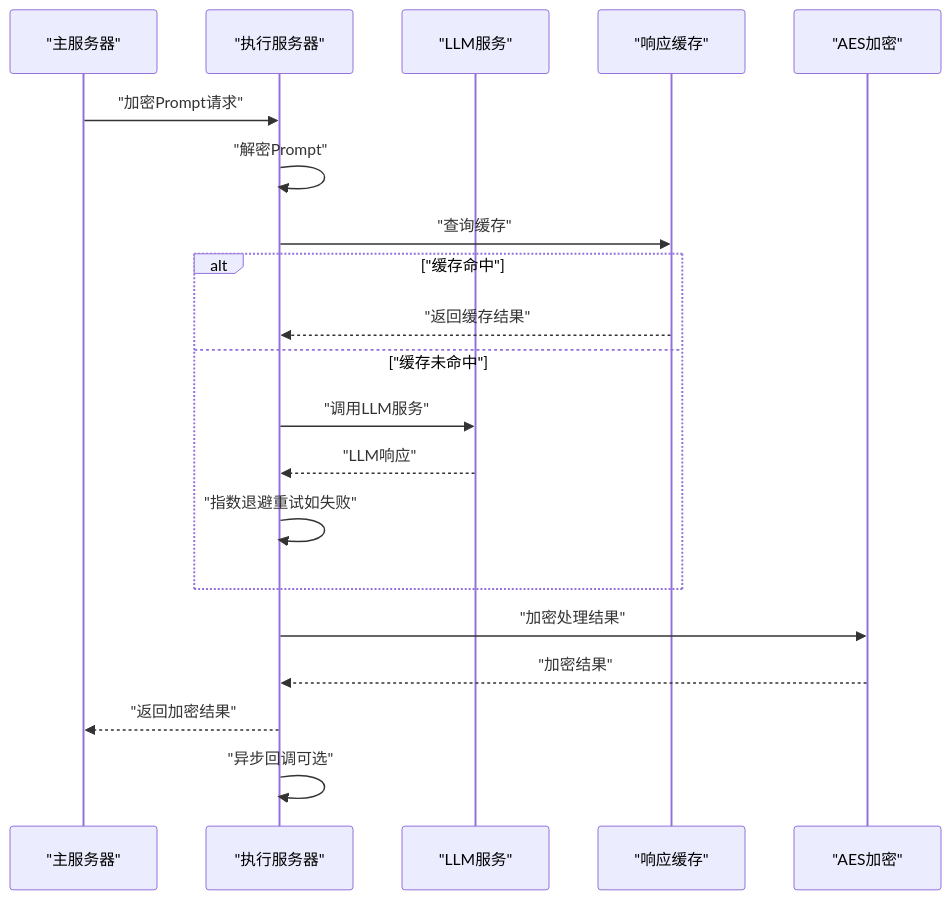
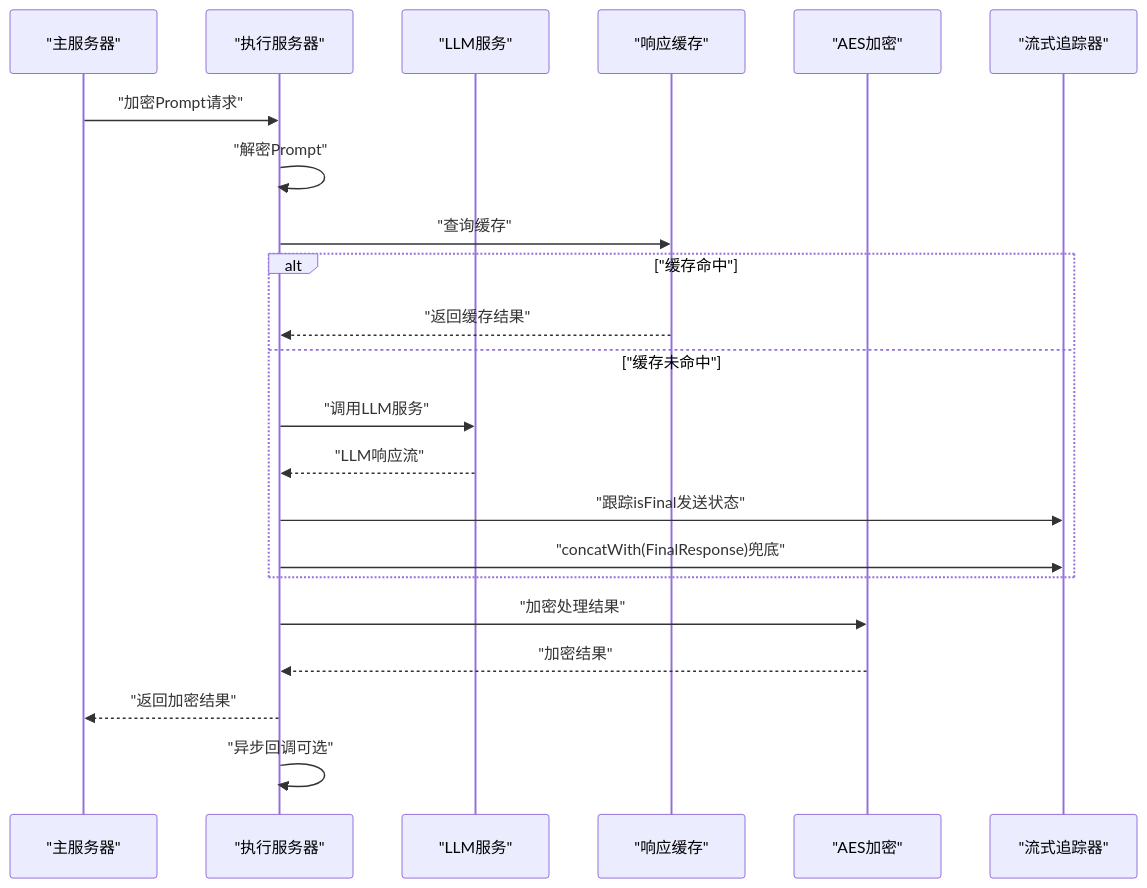
Before and after one commit to liuzh2008/med_ai_assistant_workspace: the fourth of 24 diagrams in .qoder/repowiki/zh/content/核心功能模块/AI诊断辅助系统.md, drawn with Mermaid. The commit also changed other lines of this file and 4 other files, not shown here.

````diff
--- a/.qoder/repowiki/zh/content/核心功能模块/AI诊断辅助系统.md
+++ b/.qoder/repowiki/zh/content/核心功能模块/AI诊断辅助系统.md
@@ -442,22 +393,24 @@
 ```mermaid
 sequenceDiagram
 participant Client as "主服务器"
 participant Exec as "执行服务器"
 participant LLM as "LLM服务"
 participant Cache as "响应缓存"
 participant AES as "AES加密"
+participant StreamTracker as "流式追踪器"
 Client->>Exec : "加密Prompt请求"
 Exec->>Exec : "解密Prompt"
 Exec->>Cache : "查询缓存"
 alt "缓存命中"
 Cache-->>Exec : "返回缓存结果"
 else "缓存未命中"
 Exec->>LLM : "调用LLM服务"
-LLM-->>Exec : "LLM响应"
-Exec->>Exec : "指数退避重试如失败"
+LLM-->>Exec : "LLM响应流"
+Exec->>StreamTracker : "跟踪isFinal发送状态"
+Exec->>StreamTracker : "concatWith(FinalResponse)兜底"
 end
 Exec->>AES : "加密处理结果"
 AES-->>Exec : "加密结果"
 Exec-->>Client : "返回加密结果"
 Exec->>Exec : "异步回调可选"
 ```
````
